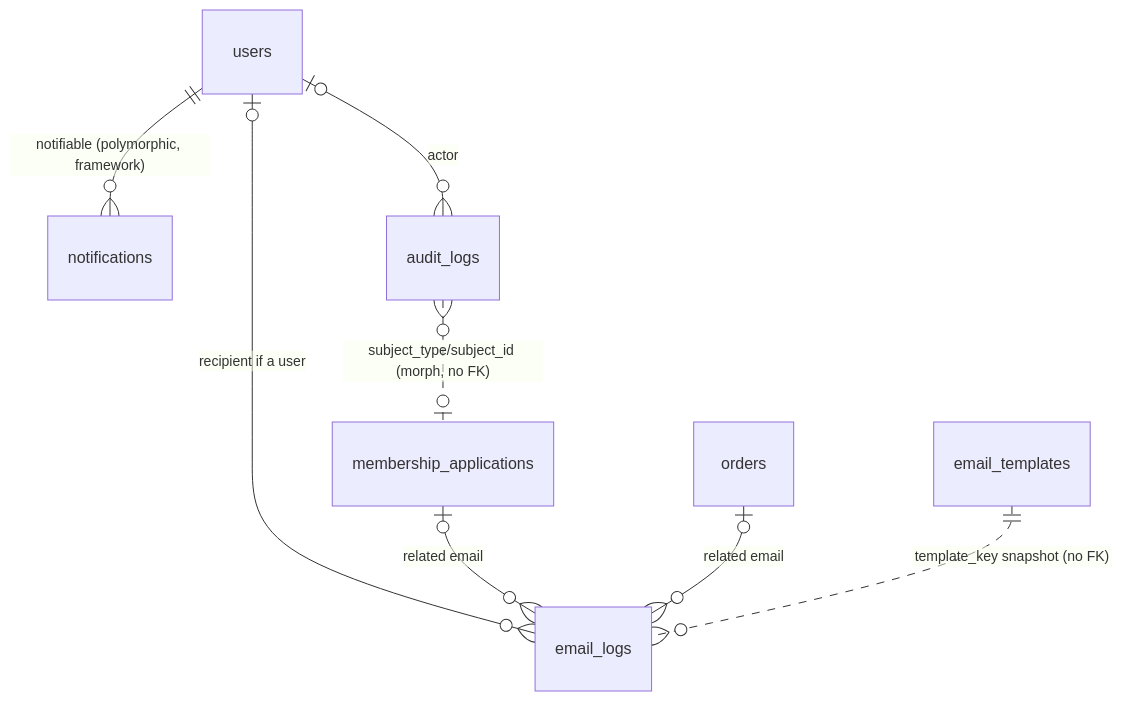
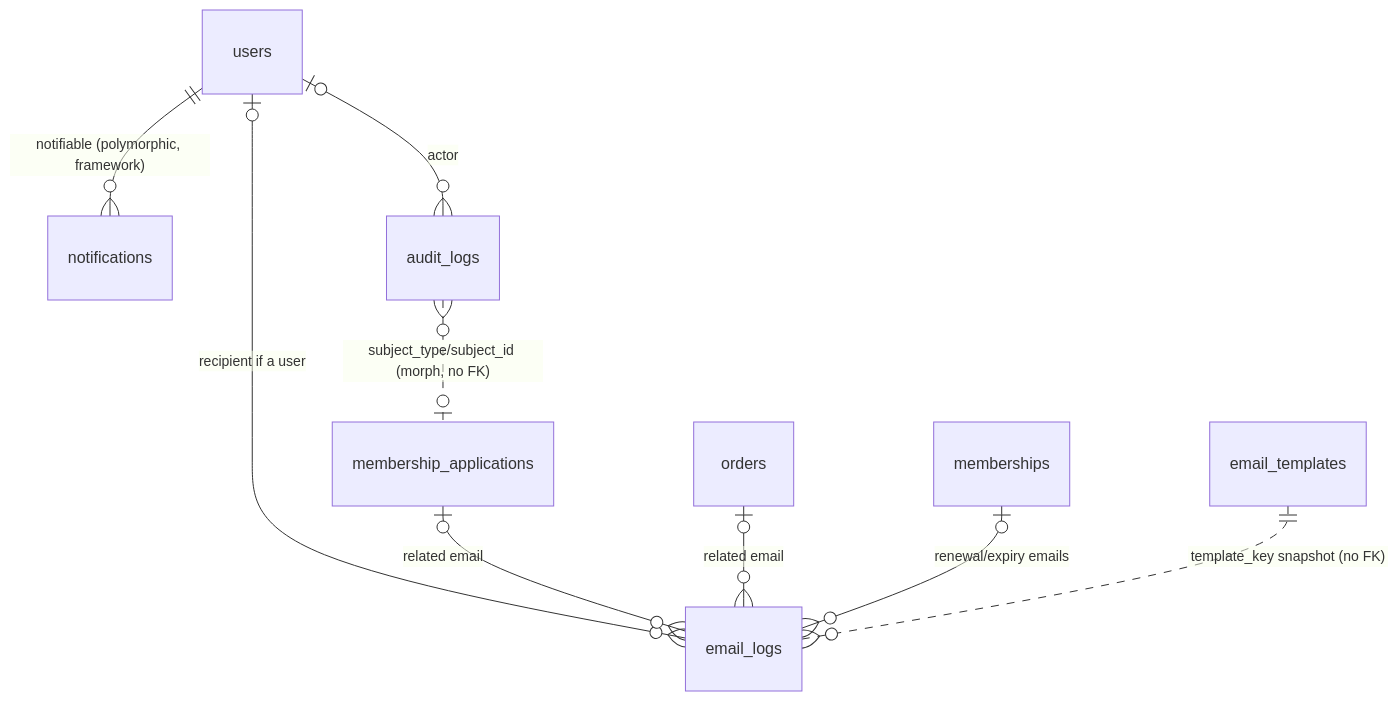
One commit to chintha9900-crypto/ACSL-laravel changed the third of 7 diagrams in docs/database/13_RELATIONSHIP_MAP.md. Above: the diagram before and after it, drawn with Mermaid. The commit also changed other lines of this file and 34 other files, not shown here.

````diff
--- a/docs/database/13_RELATIONSHIP_MAP.md
+++ b/docs/database/13_RELATIONSHIP_MAP.md
@@ -74,10 +70,11 @@
 ```mermaid
 erDiagram
     users ||--o{ notifications : "notifiable (polymorphic, framework)"
     users |o--o{ email_logs : "recipient if a user"
     membership_applications |o--o{ email_logs : "related email"
     orders |o--o{ email_logs : "related email"
+    memberships |o--o{ email_logs : "renewal/expiry emails"
     email_templates ||..o{ email_logs : "template_key snapshot (no FK)"
     users |o--o{ audit_logs : "actor"
     audit_logs }o..o| membership_applications : "subject_type/subject_id (morph, no FK)"
 ```
````
